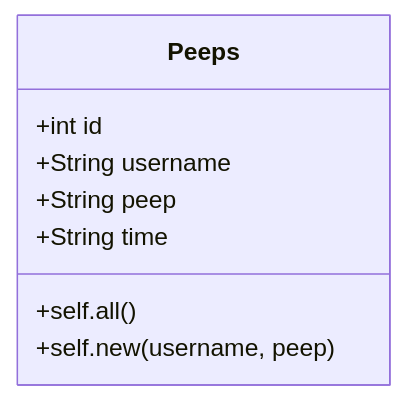
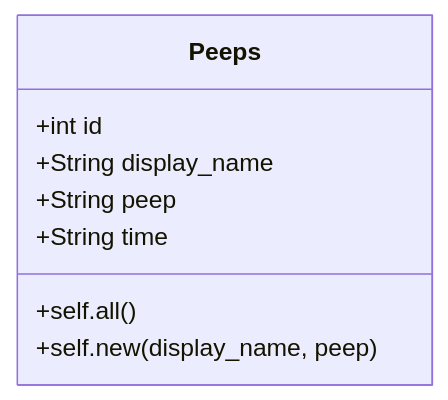
One commit to makersacademy/chitter-challenge changed the fourth of 5 diagrams in README.md. Above: the diagram before and after it, drawn with Mermaid. The commit also changed other lines of this file and 1 other file, not shown here.

````diff
--- a/README.md
+++ b/README.md
@@ -95,10 +93,10 @@
 ```mermaid
   classDiagram
   class Peeps
   Peeps : +int id
-  Peeps : +String username
+  Peeps : +String display_name
   Peeps : +String peep
   Peeps : +String time
   Peeps : +self.all()
-  Peeps : +self.new(username, peep)
+  Peeps : +self.new(display_name, peep)
 ```
````
